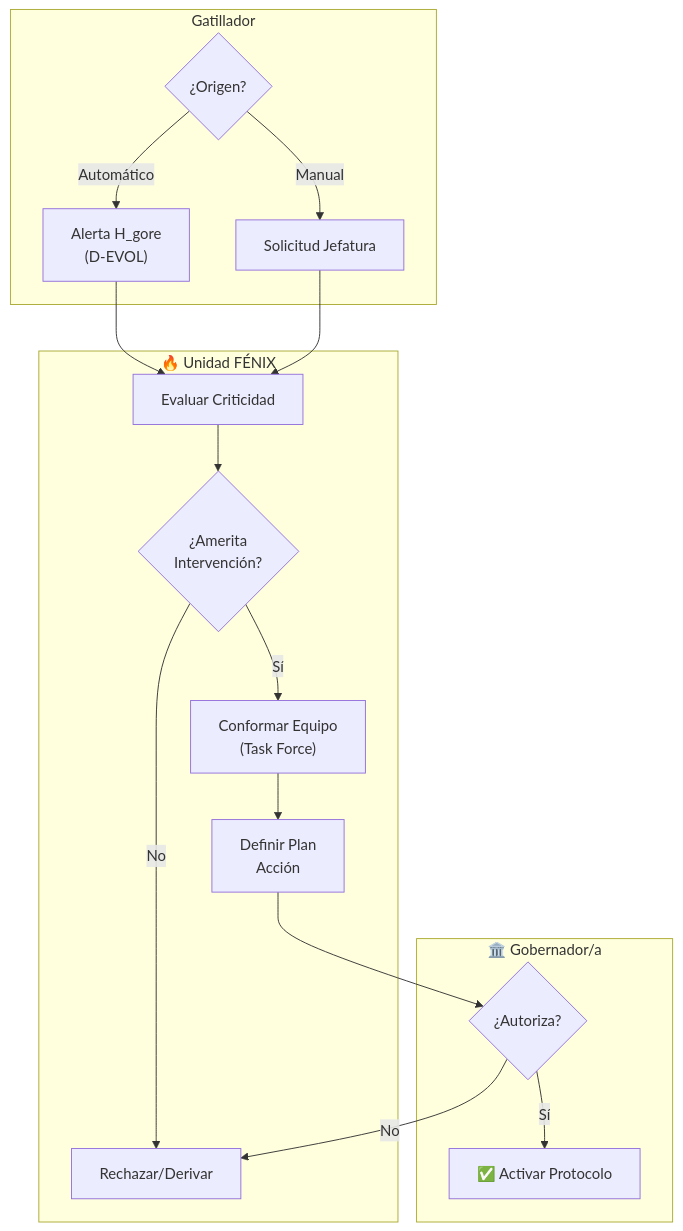
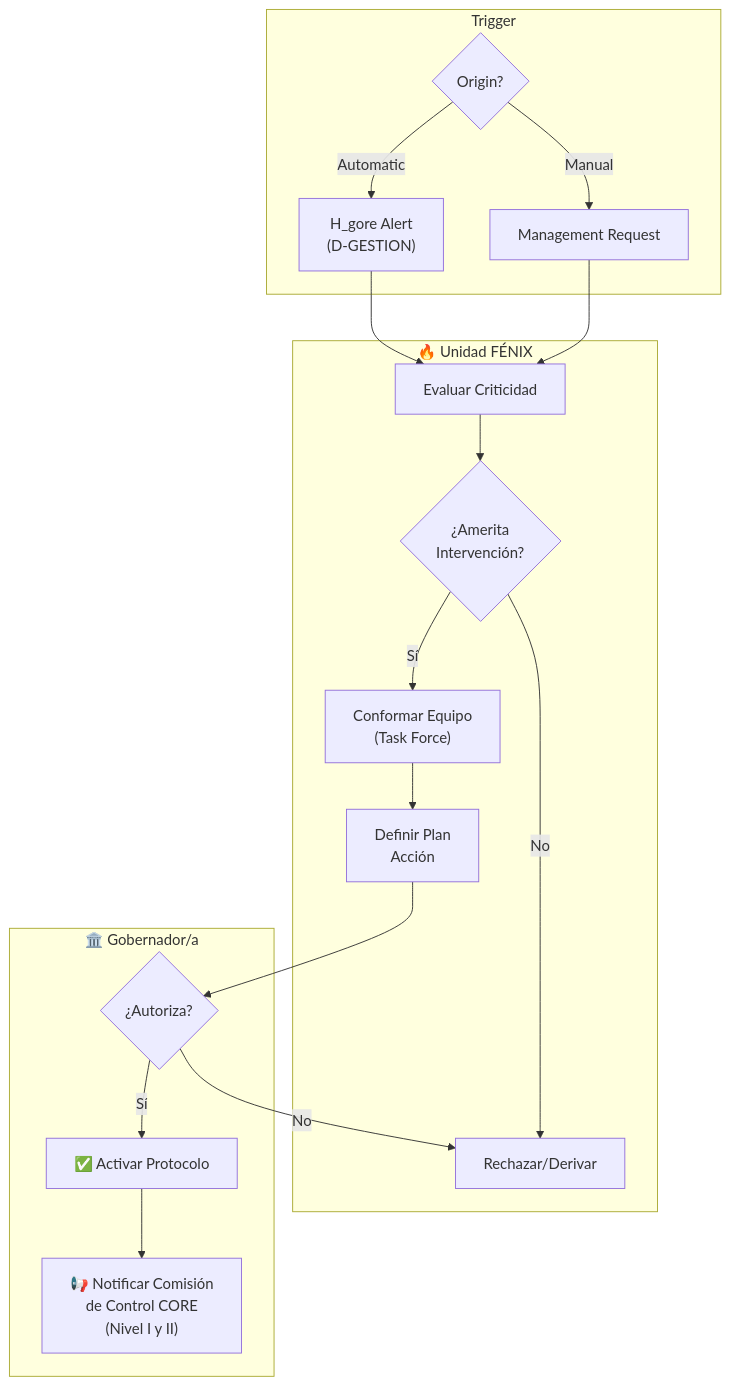
The second of 3 diagrams in docs/blueprint/domains/domain_fenix.md (felix-antonio-sl/gore_os), drawn with Mermaid before and after one commit. The commit also changed other lines of this file and 26 other files, not shown here.

````diff
--- a/docs/blueprint/domains/domain_fenix.md
+++ b/docs/blueprint/domains/domain_fenix.md
@@ -123,27 +126,29 @@
 ```mermaid
 flowchart TD
-    subgraph TRIGGER["Gatillador"]
-        A{"¿Origen?"}
-        A -->|"Automático"| B["Alerta H_gore<br/>(D-EVOL)"]
-        A -->|"Manual"| C["Solicitud Jefatura"]
+    subgraph TRIGGER["Trigger"]
+        A{"Origin?"}
+        A -->|"Automatic"| B["H_gore Alert<br/>(D-GESTION)"]
+        A -->|"Manual"| C["Management Request"]
     end
 
     subgraph FENIX_UNIT["🔥 Unidad FÉNIX"]
         D["Evaluar Criticidad"]
         E{"¿Amerita<br/>Intervención?"}
         F["Conformar Equipo<br/>(Task Force)"]
         G["Definir Plan<br/>Acción"]
         H["Rechazar/Derivar"]
     end
 
     subgraph AUTORIDAD["🏛️ Gobernador/a"]
         I{"¿Autoriza?"}
         J["✅ Activar Protocolo"]
+        K["📢 Notificar Comisión<br/>de Control CORE<br/>(Nivel I y II)"]
     end
 
     B & C --> D --> E
     E -->|"No"| H
     E -->|"Sí"| F --> G --> I
     I -->|"Sí"| J
+    J --> K
     I -->|"No"| H
 ```
````
